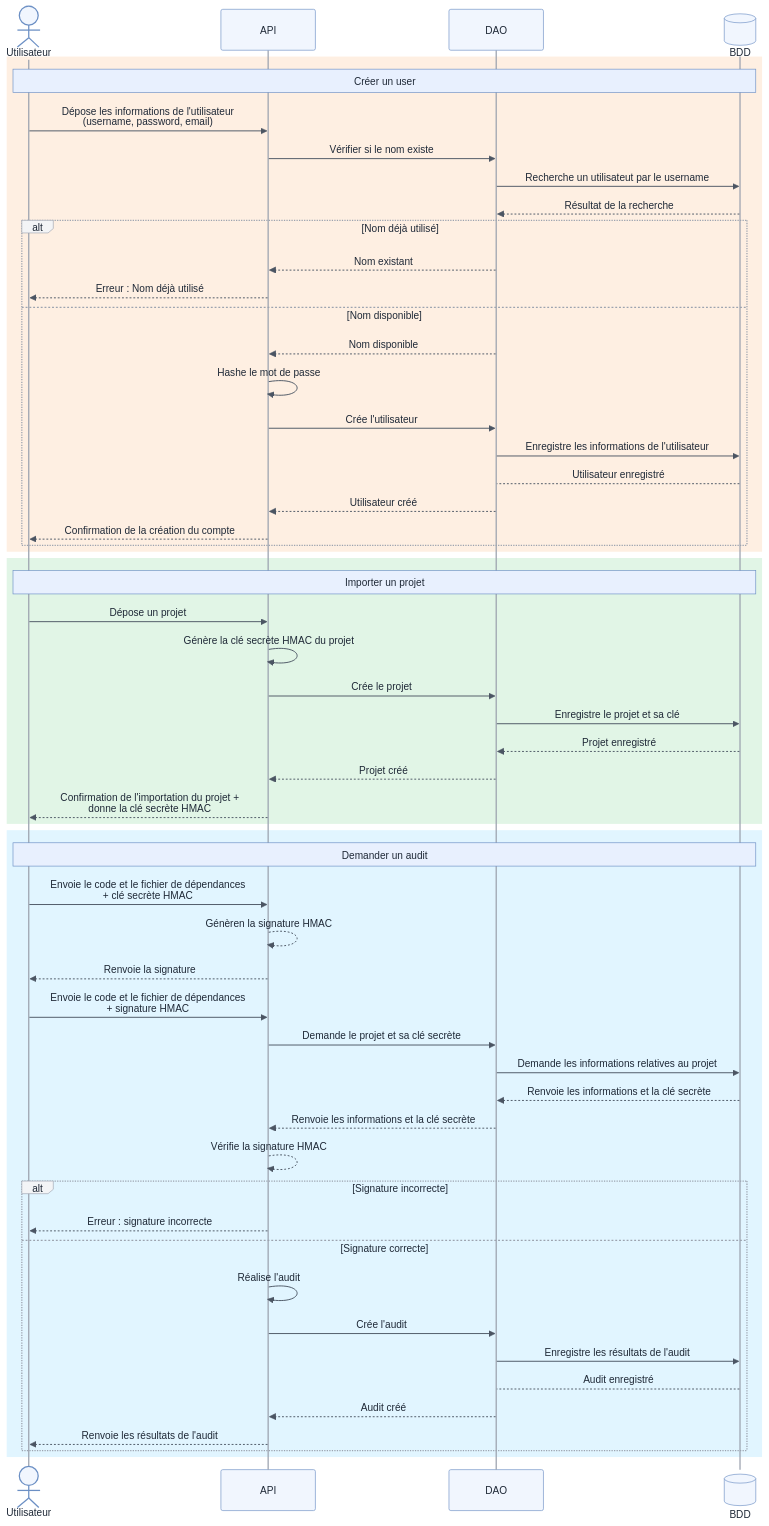
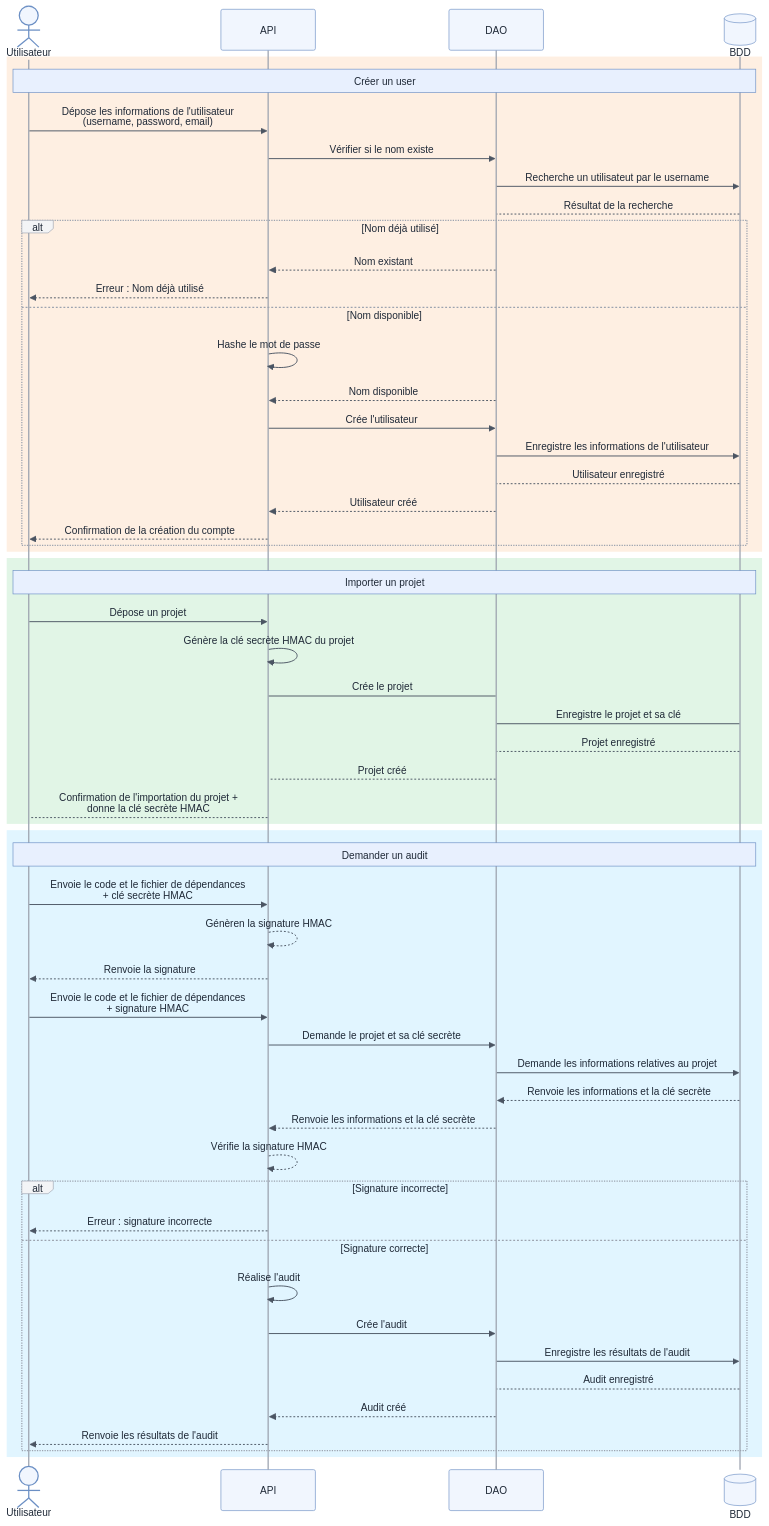
The diagram in doc/sequence_diagram.md (galahade-ncl/ensai-it-project-2a-team34), drawn with Mermaid before and after one commit. The commit also changed 2 other files, not shown here.

Commit message:
diagramme physique de données

```diff
--- a/doc/sequence_diagram.md
+++ b/doc/sequence_diagram.md
@@ -45,14 +45,14 @@
         Utilisateur->>API: Dépose les informations de l'utilisateur<br/>(username, password, email)
         API->>DAO: Vérifier si le nom existe
         DAO->>BDD: Recherche un utilisateut par le username
-        BDD-->>DAO: Résultat de la recherche
+        BDD-->DAO: Résultat de la recherche
 
         alt Nom déjà utilisé
             DAO-->>API: Nom existant
             API-->>Utilisateur: Erreur : Nom déjà utilisé
         else Nom disponible
+            API->>API: Hashe le mot de passe
             DAO-->>API: Nom disponible
-            API->>API: Hashe le mot de passe
             API->>DAO: Crée l'utilisateur
             DAO->>BDD: Enregistre les informations de l'utilisateur
             BDD-->DAO: Utilisateur enregistré
@@ -67,11 +67,11 @@
         Utilisateur->>API: Dépose un projet
         API->>API: Génère la clé secrète HMAC du projet
 
-        API->>DAO: Crée le projet
-        DAO->>BDD: Enregistre le projet et sa clé
-        BDD-->>DAO: Projet enregistré
-        DAO-->>API: Projet créé
-        API-->>Utilisateur: Confirmation de l'importation du projet + <br/>donne la clé secrète HMAC
+        API->DAO: Crée le projet
+        DAO->BDD: Enregistre le projet et sa clé
+        BDD-->DAO: Projet enregistré
+        DAO-->API: Projet créé
+        API-->Utilisateur: Confirmation de l'importation du projet + <br/>donne la clé secrète HMAC
 
     end
 
```
